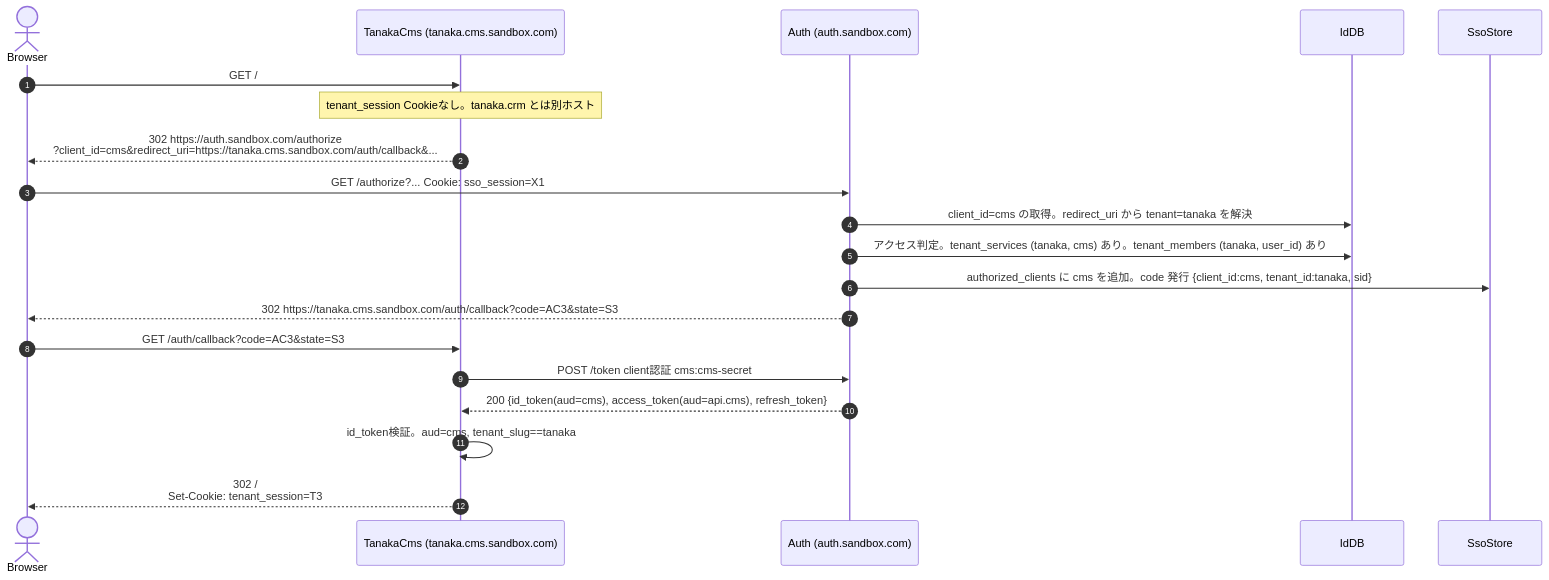
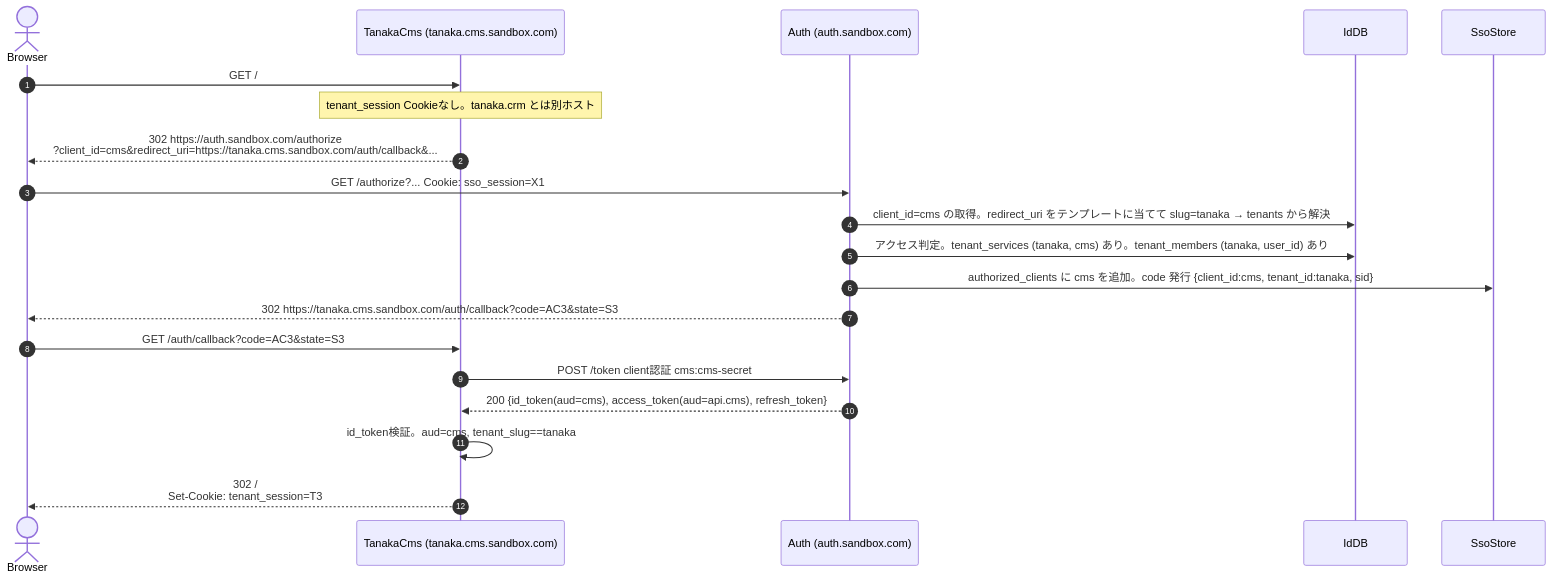
One commit to daisuke-tanabe/multi-domain-sandbox changed the third of 15 diagrams in docs/design/02-auth-sequences.md. Above: the diagram before and after it, drawn with Mermaid. The commit also changed other lines of this file and 120 other files, not shown here.

````diff
--- a/docs/design/02-auth-sequences.md
+++ b/docs/design/02-auth-sequences.md
@@ -154,23 +155,23 @@
 ```mermaid
 sequenceDiagram
     autonumber
     actor Browser
     participant TanakaCms as TanakaCms (tanaka.cms.sandbox.com)
     participant Auth as Auth (auth.sandbox.com)
     participant IdDB
     participant SsoStore
 
     Browser->>TanakaCms: GET /
     Note over TanakaCms: tenant_session Cookieなし。tanaka.crm とは別ホスト
     TanakaCms-->>Browser: 302 https://auth.sandbox.com/authorize<br/>?client_id=cms&redirect_uri=https://tanaka.cms.sandbox.com/auth/callback&...
     Browser->>Auth: GET /authorize?... Cookie: sso_session=X1
-    Auth->>IdDB: client_id=cms の取得。redirect_uri から tenant=tanaka を解決
+    Auth->>IdDB: client_id=cms の取得。redirect_uri をテンプレートに当てて slug=tanaka → tenants から解決
     Auth->>IdDB: アクセス判定。tenant_services (tanaka, cms) あり。tenant_members (tanaka, user_id) あり
     Auth->>SsoStore: authorized_clients に cms を追加。code 発行 {client_id:cms, tenant_id:tanaka, sid}
     Auth-->>Browser: 302 https://tanaka.cms.sandbox.com/auth/callback?code=AC3&state=S3
     Browser->>TanakaCms: GET /auth/callback?code=AC3&state=S3
     TanakaCms->>Auth: POST /token client認証 cms:cms-secret
     Auth-->>TanakaCms: 200 {id_token(aud=cms), access_token(aud=api.cms), refresh_token}
     TanakaCms->>TanakaCms: id_token検証。aud=cms, tenant_slug==tanaka
     TanakaCms-->>Browser: 302 /<br/>Set-Cookie: tenant_session=T3
 ```
````
